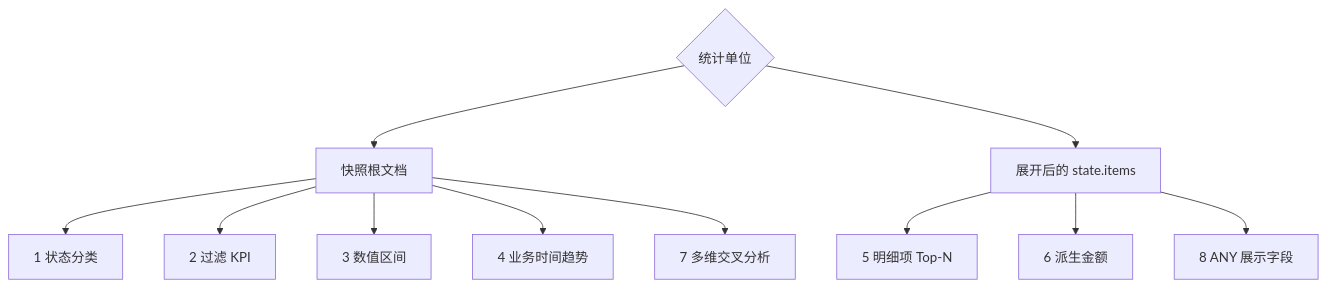
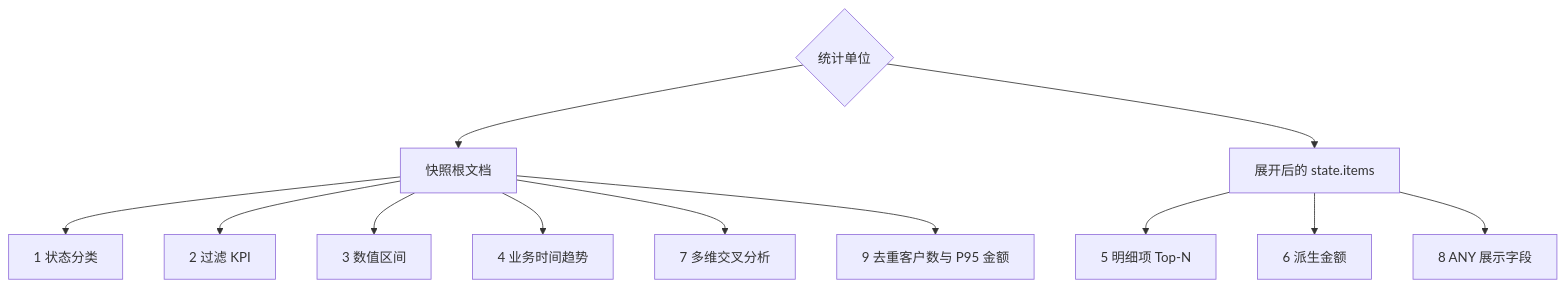
Before and after one commit to Ahoo-Wang/Wow: the diagram in documentation/docs/zh/guide/query/snapshot-aggregation.md, drawn with Mermaid. The commit also changed other lines of this file and 34 other files, not shown here.

````diff
--- a/documentation/docs/zh/guide/query/snapshot-aggregation.md
+++ b/documentation/docs/zh/guide/query/snapshot-aggregation.md
@@ -26,13 +26,14 @@
 ```mermaid
 flowchart TB
     Unit{"统计单位"} --> Root["快照根文档"]
     Unit --> Item["展开后的 state.items"]
     Root --> S1["1 状态分类"]
     Root --> S2["2 过滤 KPI"]
     Root --> S3["3 数值区间"]
     Root --> S4["4 业务时间趋势"]
     Root --> S7["7 多维交叉分析"]
+    Root --> S9["9 去重客户数与 P95 金额"]
     Item --> S5["5 明细项 Top-N"]
     Item --> S6["6 派生金额"]
     Item --> S8["8 ANY 展示字段"]
 ```
````
